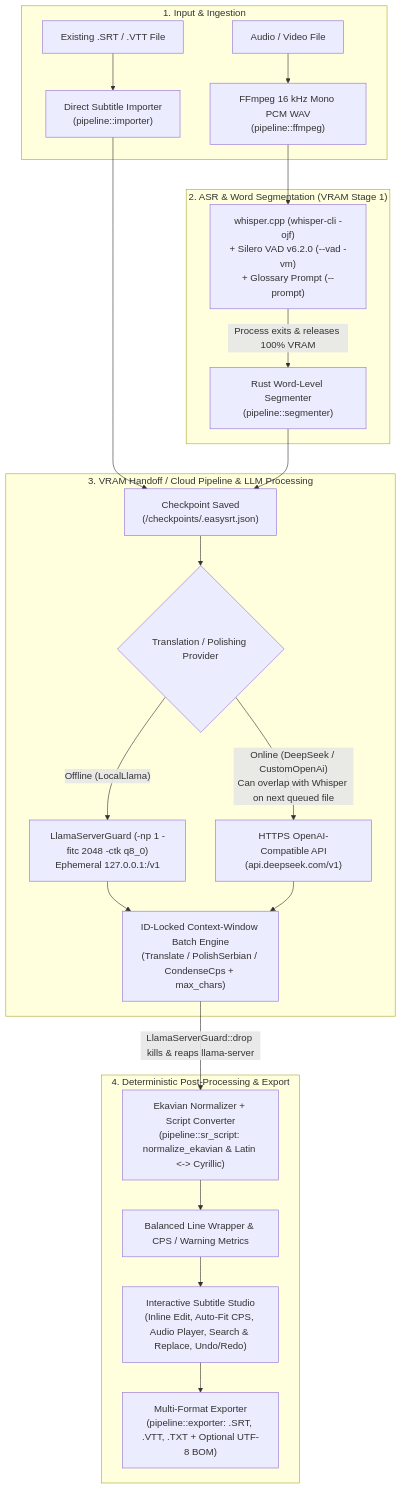
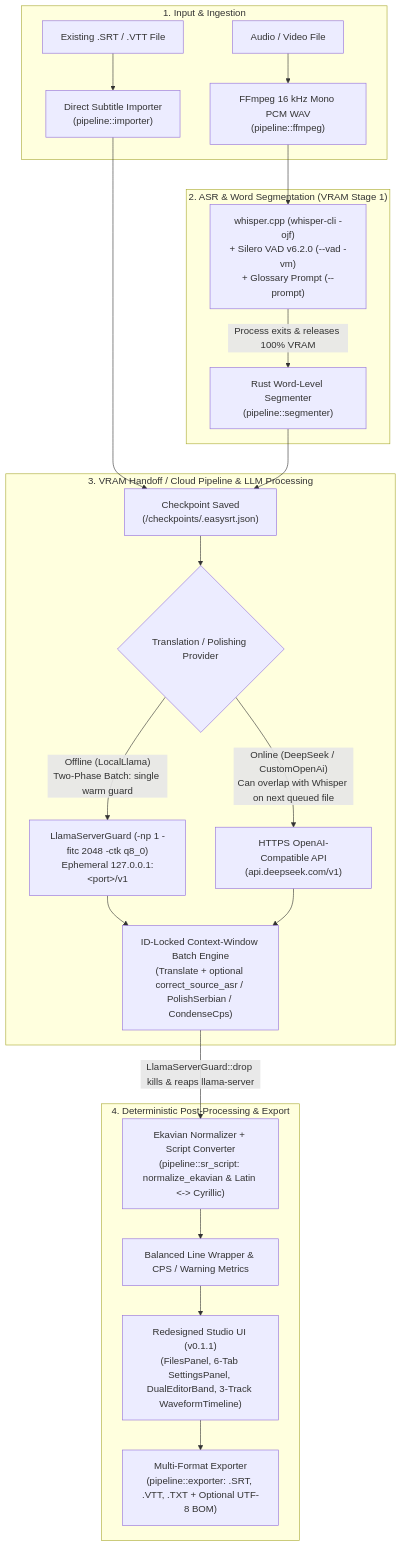
The diagram in docs/ARCHITECTURE.md (Gruya13/EasySRT-Studio), drawn with Mermaid before and after one commit. The commit also changed other lines of this file and 32 other files, not shown here.

Commit message:
feat(v0.1.1): implement studio UI redesign, 3-track timeline, two-phase offline batch, dual-column ASR correction, and zero clippy warnings

````diff
--- a/docs/ARCHITECTURE.md
+++ b/docs/ARCHITECTURE.md
@@ -13,30 +13,30 @@
 ```mermaid
 flowchart TD
     subgraph Input["1. Input & Ingestion"]
         A["Audio / Video File"] --> B["FFmpeg 16 kHz Mono PCM WAV\n(pipeline::ffmpeg)"]
         S["Existing .SRT / .VTT File"] --> I["Direct Subtitle Importer\n(pipeline::importer)"]
     end
 
     subgraph ASR["2. ASR & Word Segmentation (VRAM Stage 1)"]
         B --> C["whisper.cpp (whisper-cli -ojf)\n+ Silero VAD v6.2.0 (--vad -vm)\n+ Glossary Prompt (--prompt)"]
         C -->|"Process exits & releases 100% VRAM"| D["Rust Word-Level Segmenter\n(pipeline::segmenter)"]
     end
 
     I --> E
     D --> E["Checkpoint Saved\n(<data_dir>/checkpoints/<job_id>.easysrt.json)"]
 
     subgraph LLM["3. VRAM Handoff / Cloud Pipeline & LLM Processing"]
         E --> F{"Translation / Polishing Provider"}
-        F -->|"Offline (LocalLlama)"| G["LlamaServerGuard (-np 1 -fitc 2048 -ctk q8_0)\nEphemeral 127.0.0.1:<port>/v1"]
-        F -->|"Online (DeepSeek / CustomOpenAi)\nCan overlap with Whisper on next queued file"| H["HTTPS OpenAI-Compatible API\n(api.deepseek.com/v1)"]
-        G --> J["ID-Locked Context-Window Batch Engine\n(Translate / PolishSerbian / CondenseCps + max_chars)"]
+        F -->|"Offline (LocalLlama)<br/>Two-Phase Batch: single warm guard"| G["LlamaServerGuard (-np 1 -fitc 2048 -ctk q8_0)<br/>Ephemeral 127.0.0.1:&lt;port&gt;/v1"]
+        F -->|"Online (DeepSeek / CustomOpenAi)<br/>Can overlap with Whisper on next queued file"| H["HTTPS OpenAI-Compatible API<br/>(api.deepseek.com/v1)"]
+        G --> J["ID-Locked Context-Window Batch Engine<br/>(Translate + optional correct_source_asr / PolishSerbian / CondenseCps)"]
         H --> J
     end
 
     subgraph Post["4. Deterministic Post-Processing & Export"]
-        J -->|"LlamaServerGuard::drop kills & reaps llama-server"| K["Ekavian Normalizer + Script Converter\n(pipeline::sr_script: normalize_ekavian & Latin <-> Cyrillic)"]
+        J -->|"LlamaServerGuard::drop kills & reaps llama-server"| K["Ekavian Normalizer + Script Converter<br/>(pipeline::sr_script: normalize_ekavian & Latin <-> Cyrillic)"]
         K --> L["Balanced Line Wrapper & CPS / Warning Metrics"]
-        L --> M["Interactive Subtitle Studio\n(Inline Edit, Auto-Fit CPS, Audio Player, Search & Replace, Undo/Redo)"]
-        M --> N["Multi-Format Exporter\n(pipeline::exporter: .SRT, .VTT, .TXT + Optional UTF-8 BOM)"]
+        L --> M["Redesigned Studio UI (v0.1.1)<br/>(FilesPanel, 6-Tab SettingsPanel, DualEditorBand, 3-Track WaveformTimeline)"]
+        M --> N["Multi-Format Exporter<br/>(pipeline::exporter: .SRT, .VTT, .TXT + Optional UTF-8 BOM)"]
     end
 ```
````
